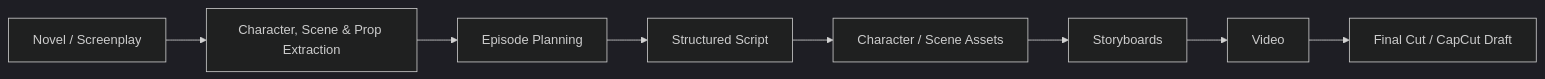
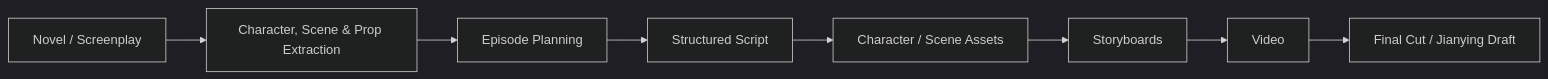
One commit to ArcReel/ArcReel changed the second of 3 diagrams in website/i18n/en/docusaurus-plugin-content-docs/current/guide/workflows.md. Above: the diagram before and after it, drawn with Mermaid (dark theme). The commit also changed other lines of this file and 9 other files, not shown here.

Commit message:
docs(website): 明确剪映与 CapCut 的产品边界

````diff
--- a/website/i18n/en/docusaurus-plugin-content-docs/current/guide/workflows.md
+++ b/website/i18n/en/docusaurus-plugin-content-docs/current/guide/workflows.md
@@ -134,10 +134,10 @@
 ```mermaid
 flowchart LR
     A["Novel / Screenplay"] --> B["Character, Scene & Prop Extraction"]
     B --> C["Episode Planning"]
     C --> D["Structured Script"]
     D --> E["Character / Scene Assets"]
     E --> F["Storyboards"]
     F --> G["Video"]
-    G --> H["Final Cut / CapCut Draft"]
+    G --> H["Final Cut / Jianying Draft"]
 ```
````
